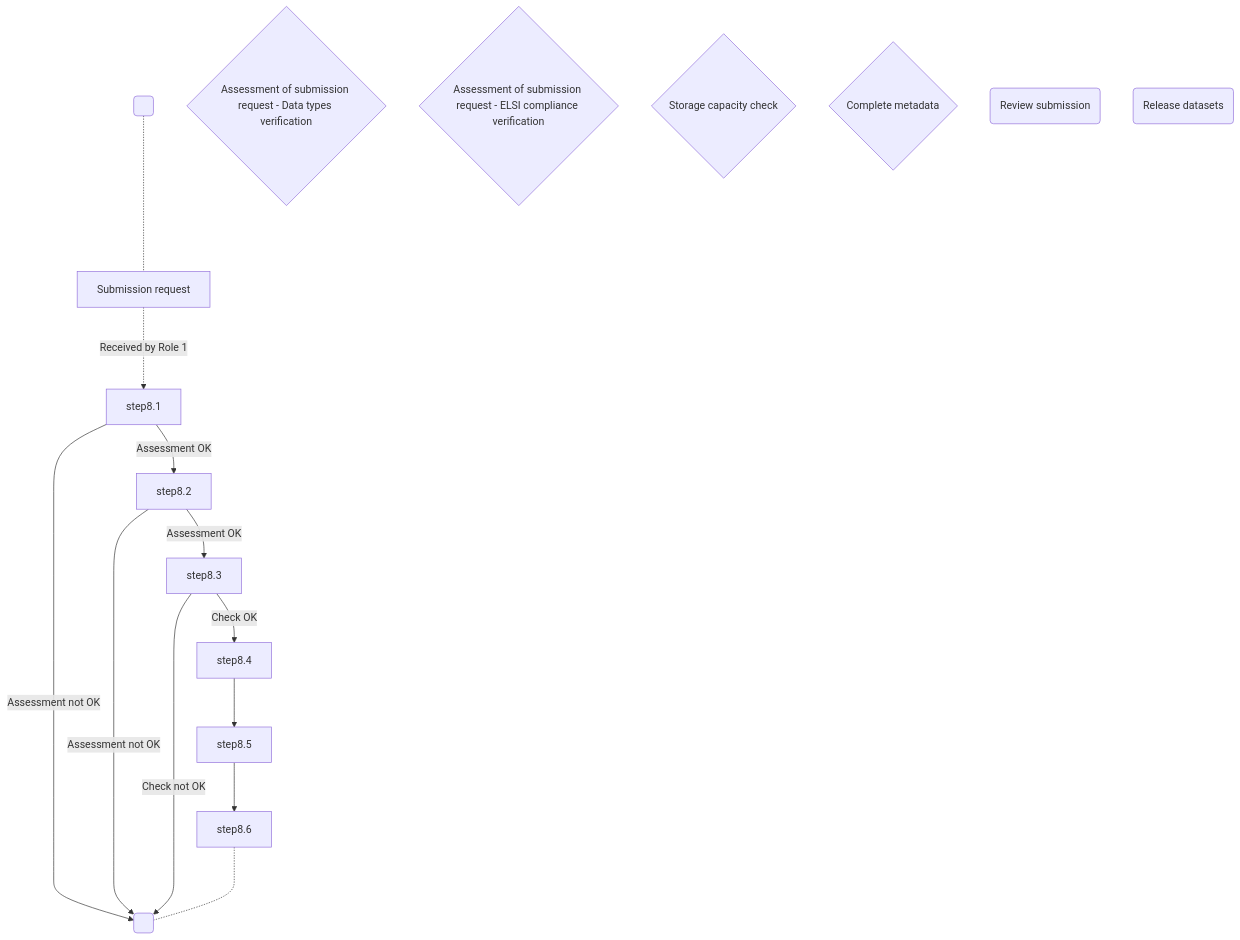
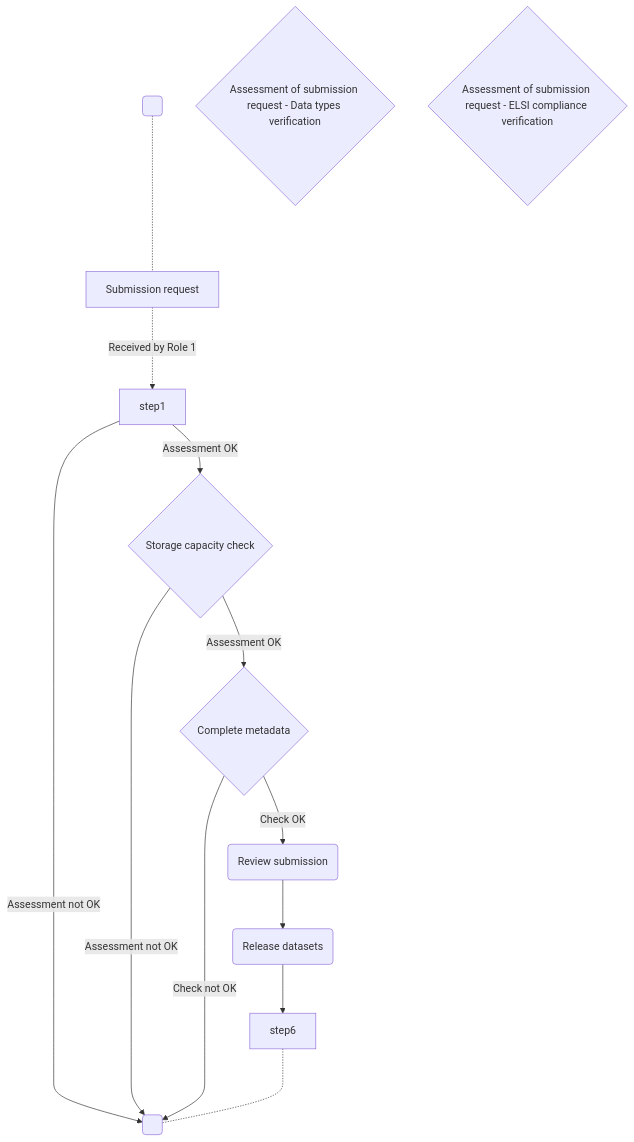
One commit to GenomicDataInfrastructure/standard-operating-procedures changed the diagram in sops/node-specific/GDI-SOP0010_data-reception-procedure.md. Above: the diagram before and after it, drawn with Mermaid. The commit also changed other lines of this file, not shown here.

````diff
--- a/sops/node-specific/GDI-SOP0010_data-reception-procedure.md
+++ b/sops/node-specific/GDI-SOP0010_data-reception-procedure.md
@@ -77,24 +77,24 @@
 ```mermaid
 graph TB
     start( )
     input1[Submission request]
     step1.1{Assessment of submission request - Data types verification}
     step1.2{Assessment of submission request - ELSI compliance verification}
     step2{Storage capacity check}
     step3{Complete metadata}
     step4(Review submission)
     step5(Release datasets)
     ending(" ")
 
     start -..- input1
-    input1 -..->|Received by Role 1| step8.1
-    step8.1 -->|Assessment OK| step8.2
-    step8.1 -->|Assessment not OK| ending
-    step8.2 -->|Assessment OK| step8.3
-    step8.2 -->|Assessment not OK| ending
-    step8.3 -->|Check OK| step8.4
-    step8.3 -->|Check not OK| ending
-    step8.4 -->step8.5
-    step8.5 -->step8.6
-    step8.6 -..- ending
+    input1 -..->|Received by Role 1| step1
+    step1 -->|Assessment OK| step2
+    step1 -->|Assessment not OK| ending
+    step2 -->|Assessment OK| step3
+    step2 -->|Assessment not OK| ending
+    step3 -->|Check OK| step4
+    step3 -->|Check not OK| ending
+    step4 -->step5
+    step5 -->step6
+    step6 -..- ending
 ```
````
